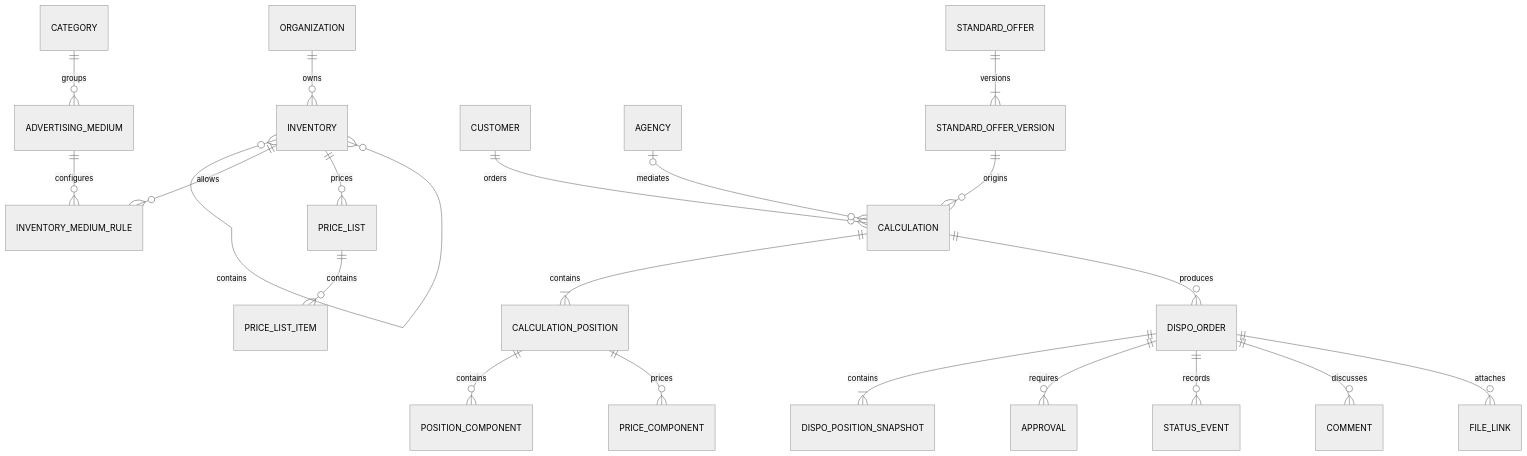
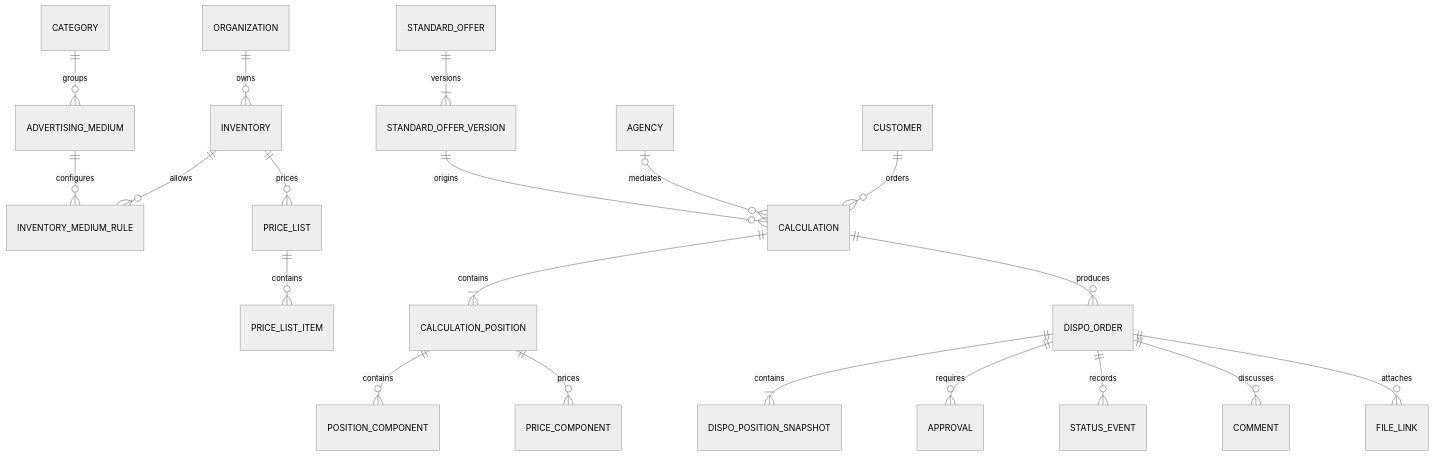
The diagram in docs/datenmodell.md (MORE-m/dispo), drawn with Mermaid (neutral theme) before and after one commit. The commit also changed other lines of this file and 9 other files, not shown here.

````diff
--- a/docs/datenmodell.md
+++ b/docs/datenmodell.md
@@ -11,23 +11,22 @@
 ```mermaid
 erDiagram
     ORGANIZATION ||--o{ INVENTORY : owns
-    INVENTORY }o--o{ INVENTORY : contains
     CATEGORY ||--o{ ADVERTISING_MEDIUM : groups
     INVENTORY ||--o{ INVENTORY_MEDIUM_RULE : allows
     ADVERTISING_MEDIUM ||--o{ INVENTORY_MEDIUM_RULE : configures
     INVENTORY ||--o{ PRICE_LIST : prices
     PRICE_LIST ||--o{ PRICE_LIST_ITEM : contains
     CUSTOMER ||--o{ CALCULATION : orders
     AGENCY o|--o{ CALCULATION : mediates
     STANDARD_OFFER ||--|{ STANDARD_OFFER_VERSION : versions
     STANDARD_OFFER_VERSION ||--o{ CALCULATION : origins
     CALCULATION ||--|{ CALCULATION_POSITION : contains
     CALCULATION_POSITION ||--o{ POSITION_COMPONENT : contains
     CALCULATION_POSITION ||--o{ PRICE_COMPONENT : prices
     CALCULATION ||--o{ DISPO_ORDER : produces
     DISPO_ORDER ||--|{ DISPO_POSITION_SNAPSHOT : contains
     DISPO_ORDER ||--o{ APPROVAL : requires
     DISPO_ORDER ||--o{ STATUS_EVENT : records
     DISPO_ORDER ||--o{ COMMENT : discusses
     DISPO_ORDER ||--o{ FILE_LINK : attaches
 ```
````
